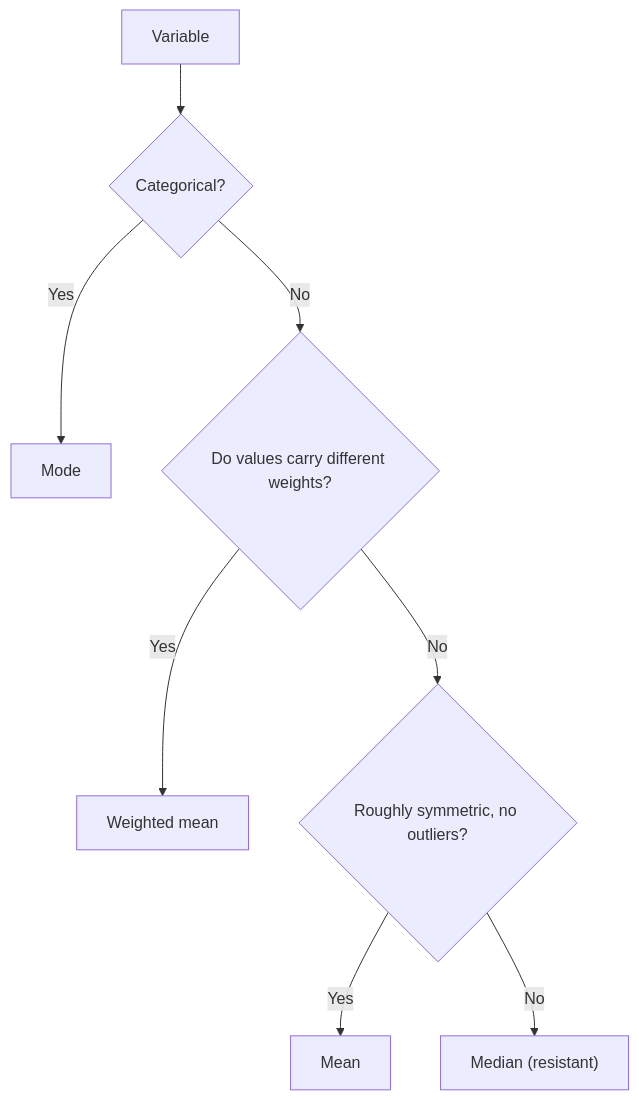
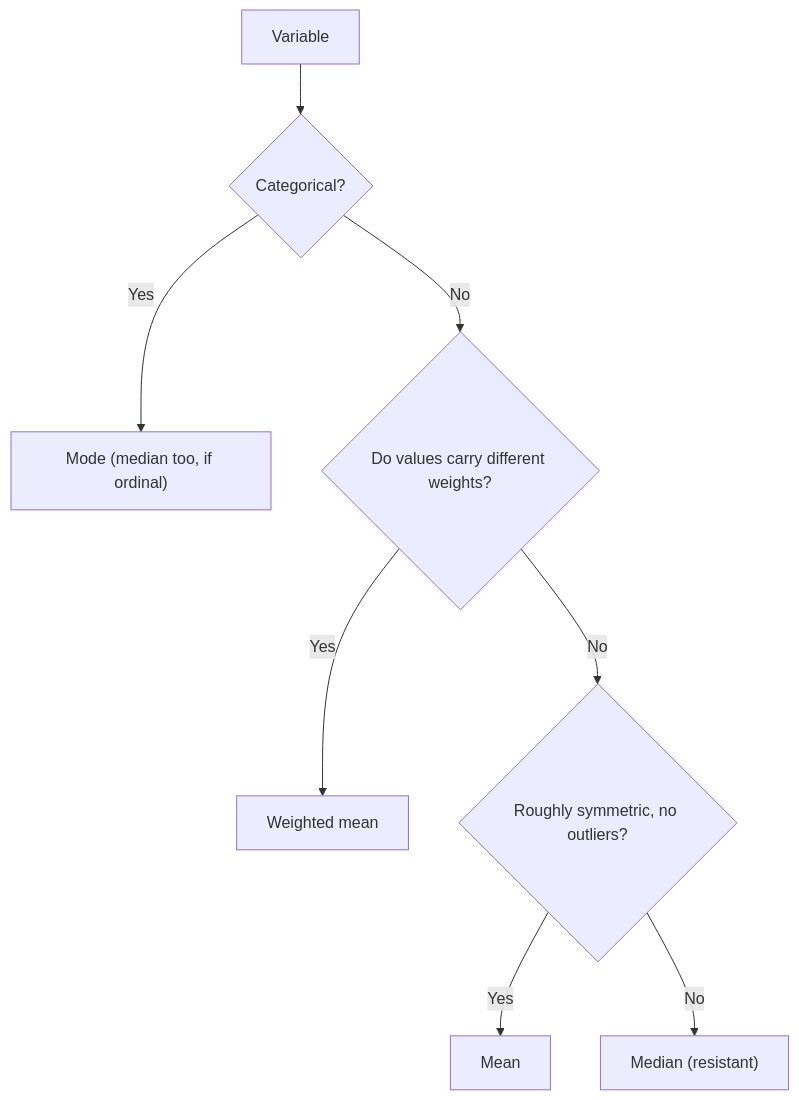
One commit to Aziliz/erudior changed the diagram in content/math/ap-statistics/lessons/04-measures-of-center.md. Above: the diagram before and after it, drawn with Mermaid. The commit also changed other lines of this file and 82 other files, not shown here.

````diff
--- a/content/math/ap-statistics/lessons/04-measures-of-center.md
+++ b/content/math/ap-statistics/lessons/04-measures-of-center.md
@@ -93,12 +95,12 @@
 ```mermaid
 flowchart TD
   accTitle: Choosing a measure of center
-  accDescr: For a categorical variable, the only measure of center is the mode. For a quantitative variable, look at the shape. If the distribution is roughly symmetric with no outliers, report the mean. If it is skewed or has outliers, report the median, which is resistant. If values carry different weights, such as credit hours, use the weighted mean.
+  accDescr: For a categorical variable, use the mode; if the categories are ordered (ordinal), the median also works. For a quantitative variable, look at the shape. If the distribution is roughly symmetric with no outliers, report the mean. If it is skewed or has outliers, report the median, which is resistant. If values carry different weights, such as credit hours, use the weighted mean.
   A["Variable"] --> B{"Categorical?"}
-  B -- Yes --> M["Mode"]
+  B -- Yes --> M["Mode (median too, if ordinal)"]
   B -- No --> W{"Do values carry different weights?"}
   W -- Yes --> WM["Weighted mean"]
   W -- No --> S{"Roughly symmetric, no outliers?"}
   S -- Yes --> MN["Mean"]
   S -- No --> MD["Median (resistant)"]
 ```
````
